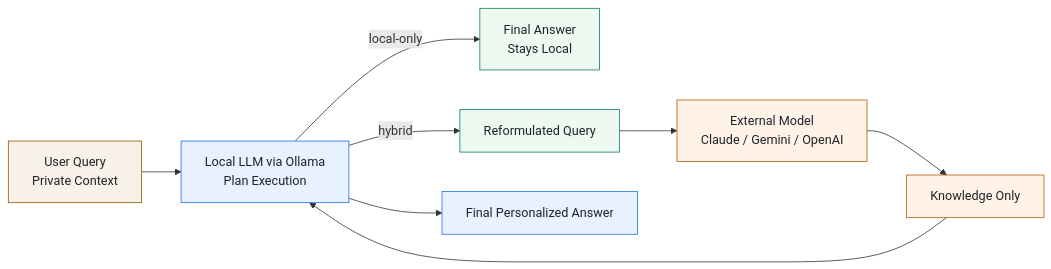
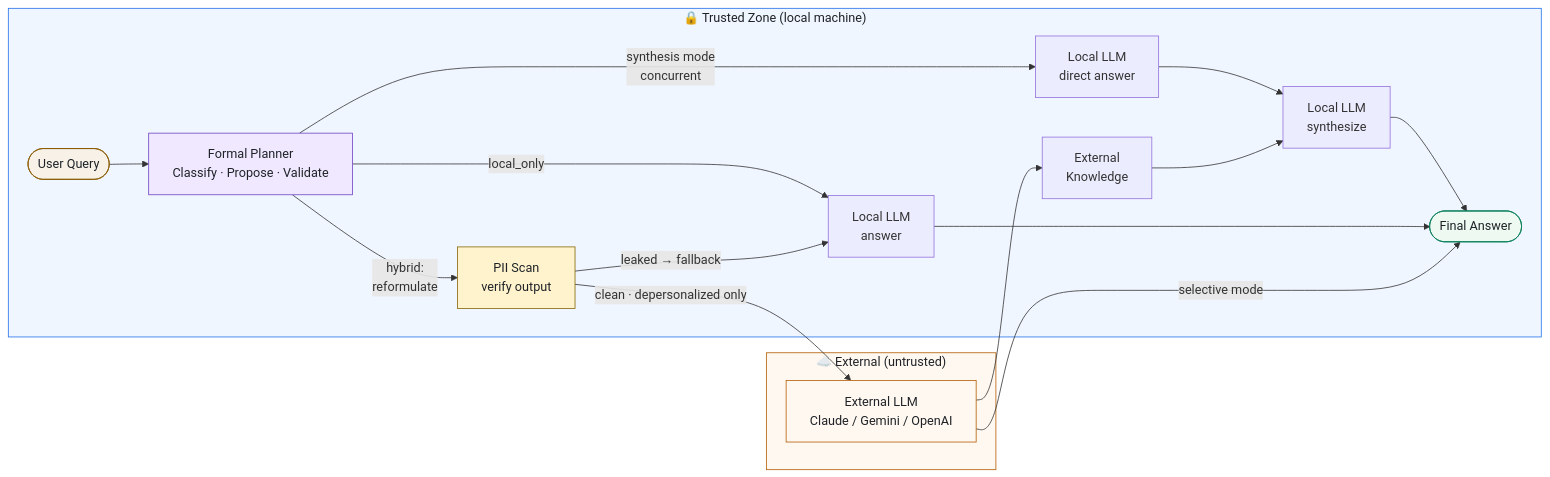
Before and after one commit to sulgik/zipsa: the diagram in README.md, drawn with Mermaid. The commit also changed other lines of this file and 3 other files, not shown here.

First line of the commit message:
feat: formal planner with task-aware hybrid routing

````diff
--- a/README.md
+++ b/README.md
@@ -38,18 +38,30 @@
 ```mermaid
-flowchart LR
-    U[User Query<br/>Private Context] --> L[Local LLM via Ollama<br/>Plan Execution]
-    L -->|local-only| A[Final Answer<br/>Stays Local]
-    L -->|hybrid| S[Reformulated Query]
-    S --> E[External Model<br/>Claude / Gemini / OpenAI]
-    E --> X[Knowledge Only]
-    X --> L
-    L --> F[Final Personalized Answer]
+graph LR
+    subgraph TZ["🔒 Trusted Zone  (local machine)"]
+        U([User Query]) --> FP[Formal Planner<br/>Classify · Propose · Validate]
+        FP -->|local_only| L1[Local LLM<br/>answer]
+        FP -->|"hybrid:<br/>reformulate"| PV[PII Scan<br/>verify output]
+        PV -->|"leaked → fallback"| L1
+        FP -->|"synthesis mode<br/>concurrent"| L2[Local LLM<br/>direct answer]
+        L2 --> Synth[Local LLM<br/>synthesize]
+        EK[External<br/>Knowledge] --> Synth
+        Synth --> FA([Final Answer])
+        L1 --> FA
+    end
 
+    subgraph Cloud["☁️ External  (untrusted)"]
+        EXT[External LLM<br/>Claude / Gemini / OpenAI]
+    end
+
+    PV -->|"clean · depersonalized only"| EXT
+    EXT -->|"selective mode"| FA
+    EXT --> EK
+
+    style TZ fill:#f0f6ff,stroke:#1f6feb,color:#1f2328
+    style Cloud fill:#fff8f0,stroke:#b35c00,color:#1f2328
     style U fill:#f7f1e8,stroke:#8a5a00,color:#1f2328
-    style L fill:#e8f1ff,stroke:#1f6feb,color:#1f2328
-    style S fill:#eef9f1,stroke:#0a7f5a,color:#1f2328
-    style E fill:#fff3e8,stroke:#b35c00,color:#1f2328
-    style A fill:#eef9f1,stroke:#0a7f5a,color:#1f2328
-    style X fill:#fff3e8,stroke:#b35c00,color:#1f2328
-    style F fill:#e8f1ff,stroke:#1f6feb,color:#1f2328
+    style FA fill:#eef9f1,stroke:#0a7f5a,color:#1f2328
+    style FP fill:#f0e8ff,stroke:#6f42c1,color:#1f2328
+    style PV fill:#fff3cd,stroke:#856404,color:#1f2328
+    style EXT fill:#fff8f0,stroke:#b35c00,color:#1f2328
 ```
````
